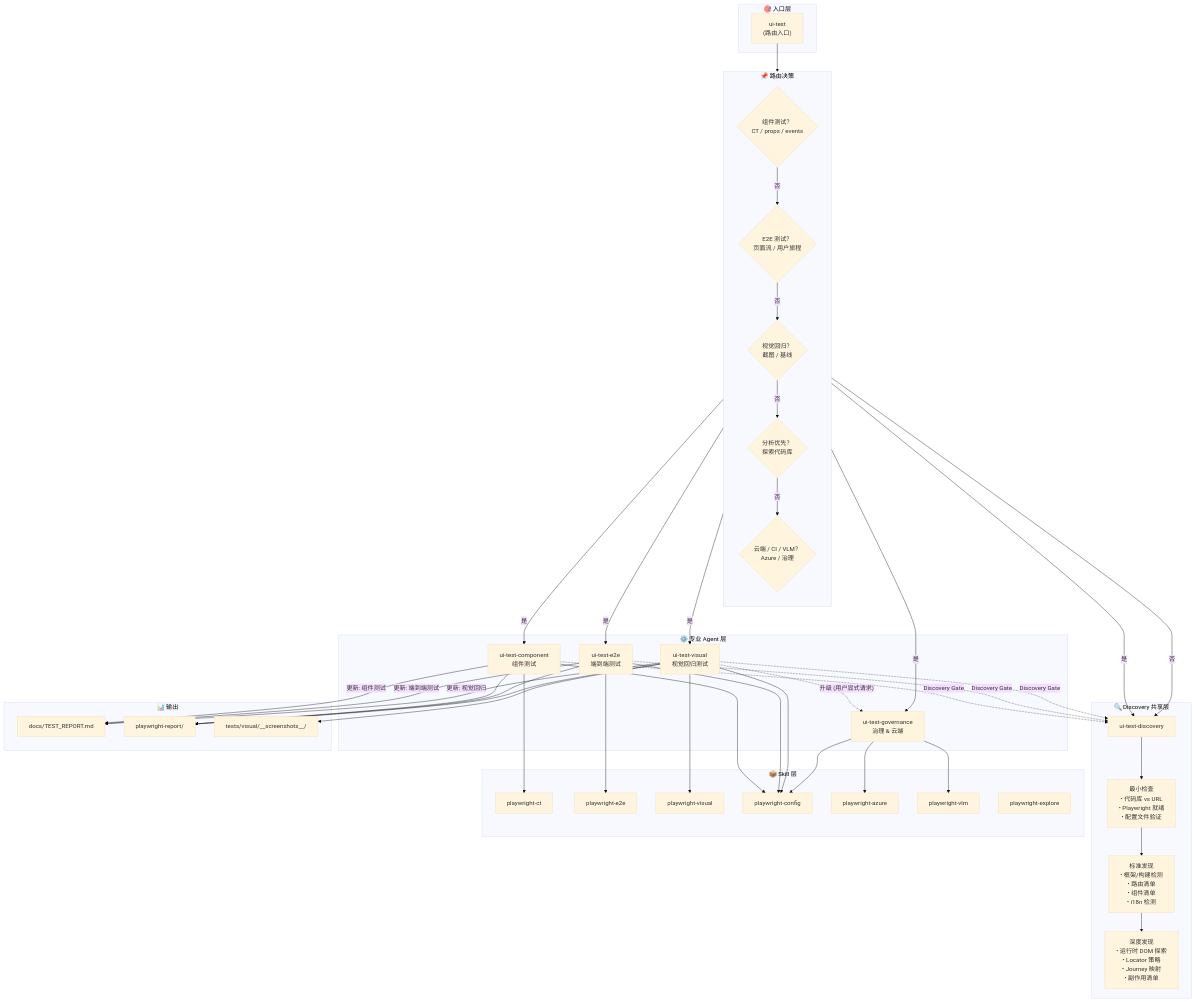
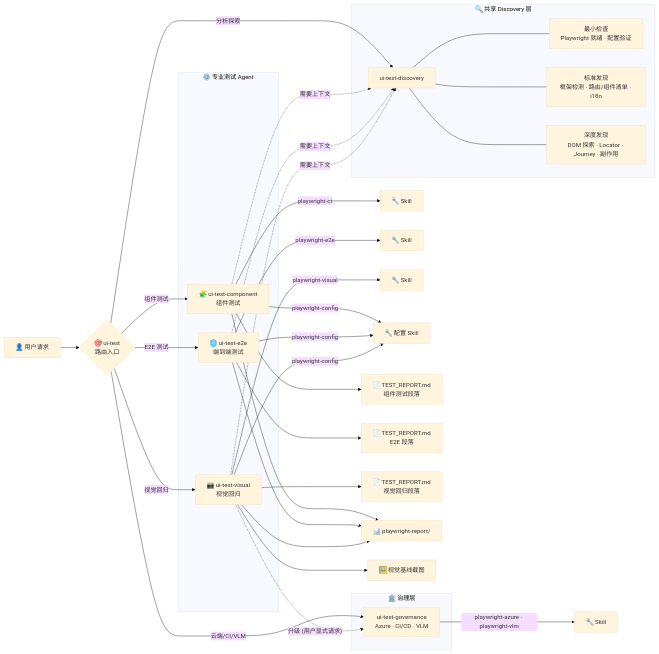
Before and after one commit to nickhou1983/UI-test-Demo: the first of 4 diagrams in README.md, drawn with Mermaid (base theme).

Commit message:
docs: improve global architecture diagram layout to horizontal flow

````diff
--- a/README.md
+++ b/README.md
@@ -49,83 +49,46 @@
 ```mermaid
-flowchart TB
-    subgraph Entry["🎯 入口层"]
-        UT["ui-test<br/>(路由入口)"]
+flowchart LR
+    USER["👤 用户请求"] --> UT
+
+    UT{"🎯 ui-test<br/>路由入口"}
+    UT -->|"组件测试"| CT
+    UT -->|"E2E 测试"| E2E
+    UT -->|"视觉回归"| VIS
+    UT -->|"分析探索"| DIS
+    UT -->|"云端/CI/VLM"| GOV
+
+    subgraph Discovery["🔍 共享 Discovery 层"]
+        DIS["ui-test-discovery"]
+        DIS --- D1["最小检查<br/>Playwright 就绪 · 配置验证"]
+        DIS --- D2["标准发现<br/>框架检测 · 路由/组件清单 · i18n"]
+        DIS --- D3["深度发现<br/>DOM 探索 · Locator · Journey · 副作用"]
     end
 
-    subgraph Routing["📌 路由决策"]
-        direction TB
-        R1{"组件测试？<br/>CT / props / events"}
-        R2{"E2E 测试？<br/>页面流 / 用户旅程"}
-        R3{"视觉回归？<br/>截图 / 基线"}
-        R4{"分析优先？<br/>探索代码库"}
-        R5{"云端 / CI / VLM？<br/>Azure / 治理"}
+    subgraph Testing["⚙️ 专业测试 Agent"]
+        CT["🧩 ui-test-component<br/>组件测试"]
+        E2E["🌐 ui-test-e2e<br/>端到端测试"]
+        VIS["📸 ui-test-visual<br/>视觉回归"]
     end
 
-    subgraph Discovery["🔍 Discovery 共享层"]
-        DIS["ui-test-discovery"]
-        DIS_MIN["最小检查<br/>• 代码库 vs URL<br/>• Playwright 就绪<br/>• 配置文件验证"]
-        DIS_STD["标准发现<br/>• 框架/构建检测<br/>• 路由清单<br/>• 组件清单<br/>• i18n 检测"]
-        DIS_DEEP["深度发现<br/>• 运行时 DOM 探索<br/>• Locator 策略<br/>• Journey 映射<br/>• 副作用清单"]
+    subgraph Governance["🏛️ 治理层"]
+        GOV["ui-test-governance<br/>Azure · CI/CD · VLM"]
     end
 
-    subgraph Agents["⚙️ 专业 Agent 层"]
-        CT["ui-test-component<br/>组件测试"]
-        E2E["ui-test-e2e<br/>端到端测试"]
-        VIS["ui-test-visual<br/>视觉回归测试"]
-        GOV["ui-test-governance<br/>治理 & 云端"]
-    end
-
-    subgraph Skills["📦 Skill 层"]
-        SK_CT["playwright-ct"]
-        SK_E2E["playwright-e2e"]
-        SK_VIS["playwright-visual"]
-        SK_CFG["playwright-config"]
-        SK_AZ["playwright-azure"]
-        SK_VLM["playwright-vlm"]
-        SK_EXP["playwright-explore"]
-    end
-
-    subgraph Outputs["📊 输出"]
-        RPT["docs/TEST_REPORT.md"]
-        HTML["playwright-report/"]
-        BASE["tests/visual/__screenshots__/"]
-    end
-
-    UT --> R1
-    R1 -->|是| CT
-    R1 -->|否| R2
-    R2 -->|是| E2E
-    R2 -->|否| R3
-    R3 -->|是| VIS
-    R3 -->|否| R4
-    R4 -->|是| DIS
-    R4 -->|否| R5
-    R5 -->|是| GOV
-    R5 -->|否| DIS
-
-    CT -.->|Discovery Gate| DIS
-    E2E -.->|Discovery Gate| DIS
-    VIS -.->|Discovery Gate| DIS
-
-    DIS --> DIS_MIN --> DIS_STD --> DIS_DEEP
-
-    CT --> SK_CT
-    CT --> SK_CFG
-    E2E --> SK_E2E
-    E2E --> SK_CFG
-    VIS --> SK_VIS
-    VIS --> SK_CFG
-    GOV --> SK_AZ
-    GOV --> SK_VLM
-    GOV --> SK_CFG
-
+    CT -.->|"需要上下文"| DIS
+    E2E -.->|"需要上下文"| DIS
+    VIS -.->|"需要上下文"| DIS
     VIS -.->|"升级 (用户显式请求)"| GOV
 
-    CT -->|"更新: 组件测试"| RPT
-    E2E -->|"更新: 端到端测试"| RPT
-    VIS -->|"更新: 视觉回归"| RPT
-    CT --> HTML
-    E2E --> HTML
-    VIS --> HTML
-    VIS --> BASE
+    CT -->|playwright-ct| SK_CT["🔧 Skill"]
+    E2E -->|playwright-e2e| SK_E2E["🔧 Skill"]
+    VIS -->|playwright-visual| SK_VIS["🔧 Skill"]
+    GOV -->|"playwright-azure · playwright-vlm"| SK_GOV["🔧 Skill"]
+
+    CT & E2E & VIS -->|playwright-config| SK_CFG["🔧 配置 Skill"]
+
+    CT --> RPT["📄 TEST_REPORT.md<br/>组件测试段落"]
+    E2E --> RPT2["📄 TEST_REPORT.md<br/>E2E 段落"]
+    VIS --> RPT3["📄 TEST_REPORT.md<br/>视觉回归段落"]
+    CT & E2E & VIS --> HTML["📊 playwright-report/"]
+    VIS --> BASE["🖼️ 视觉基线截图"]
 ```
````
